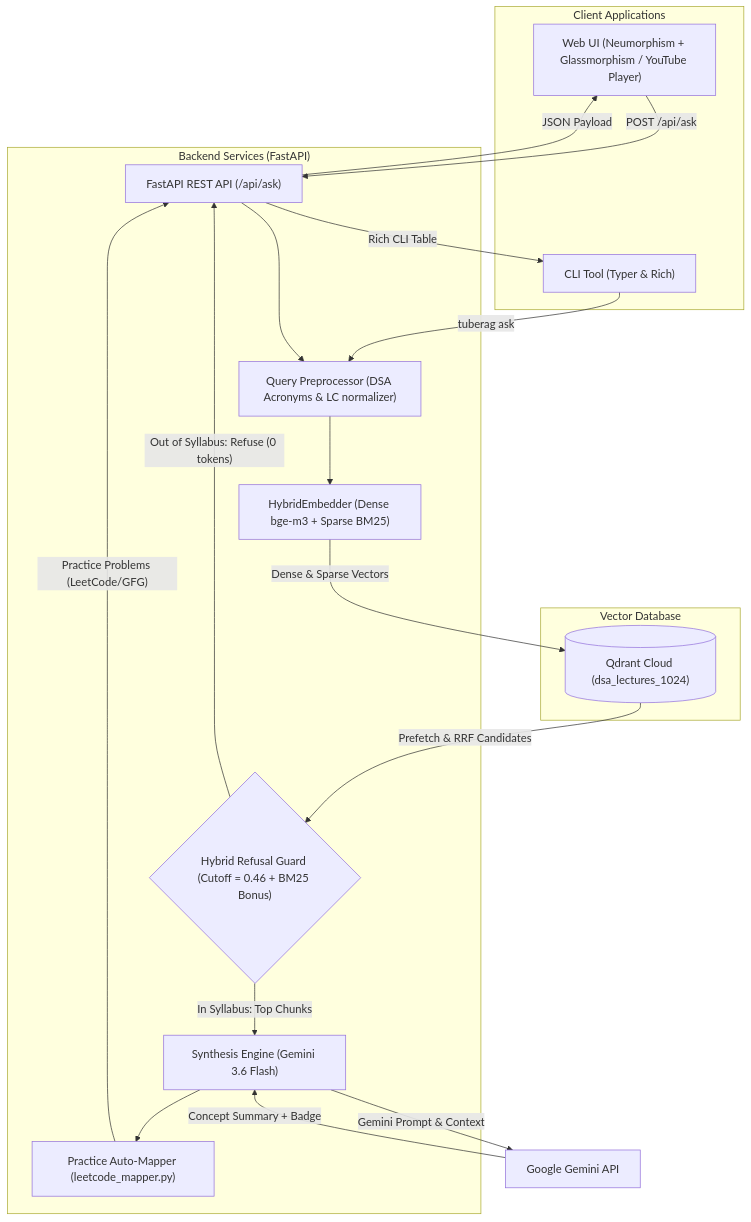
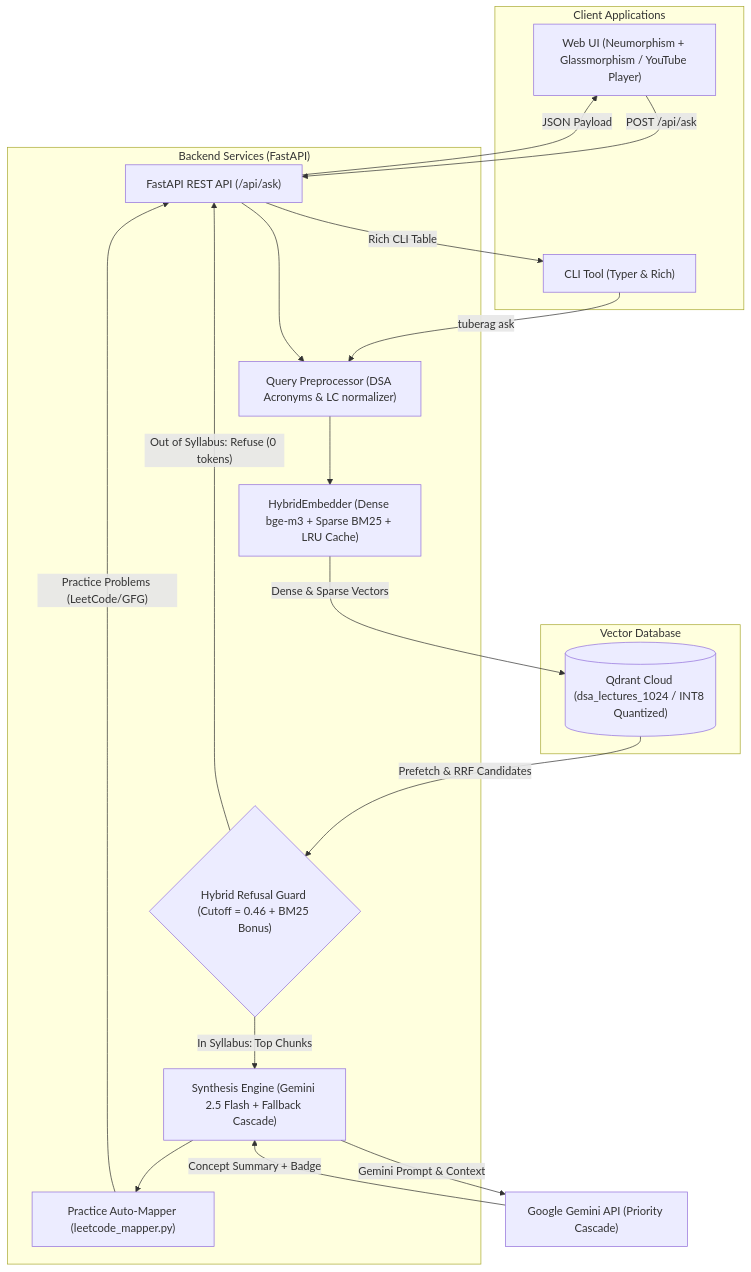
The first of 4 diagrams in README.md (matrix-1407/chronoRAG), drawn with Mermaid before and after one commit. The commit also changed other lines of this file and 3 other files, not shown here.

````diff
--- a/README.md
+++ b/README.md
@@ -51,35 +56,35 @@
 ```mermaid
 flowchart TD
     subgraph Clients["Client Applications"]
         WebUI["Web UI (Neumorphism + Glassmorphism / YouTube Player)"]
         CLI["CLI Tool (Typer & Rich)"]
     end
 
     subgraph Service["Backend Services (FastAPI)"]
         API["FastAPI REST API (/api/ask)"]
         Pre["Query Preprocessor (DSA Acronyms & LC normalizer)"]
-        Embed["HybridEmbedder (Dense bge-m3 + Sparse BM25)"]
+        Embed["HybridEmbedder (Dense bge-m3 + Sparse BM25 + LRU Cache)"]
         Guard{"Hybrid Refusal Guard (Cutoff = 0.46 + BM25 Bonus)"}
-        Synth["Synthesis Engine (Gemini 3.6 Flash)"]
+        Synth["Synthesis Engine (Gemini 2.5 Flash + Fallback Cascade)"]
         Mapper["Practice Auto-Mapper (leetcode_mapper.py)"]
     end
 
     subgraph Storage["Vector Database"]
-        Qdrant[("Qdrant Cloud (dsa_lectures_1024)")]
+        Qdrant[("Qdrant Cloud (dsa_lectures_1024 / INT8 Quantized)")]
     end
 
     WebUI -->|"POST /api/ask"| API
     CLI -->|"tuberag ask"| Pre
     API --> Pre
     Pre --> Embed
     Embed -->|"Dense & Sparse Vectors"| Qdrant
     Qdrant -->|"Prefetch & RRF Candidates"| Guard
     Guard -->|"Out of Syllabus: Refuse (0 tokens)"| API
     Guard -->|"In Syllabus: Top Chunks"| Synth
-    Synth -->|"Gemini Prompt & Context"| GeminiAPI["Google Gemini API"]
+    Synth -->|"Gemini Prompt & Context"| GeminiAPI["Google Gemini API (Priority Cascade)"]
     GeminiAPI -->|"Concept Summary + Badge"| Synth
     Synth --> Mapper
     Mapper -->|"Practice Problems (LeetCode/GFG)"| API
     API -->|"JSON Payload"| WebUI
     API -->|"Rich CLI Table"| CLI
 ```
````
